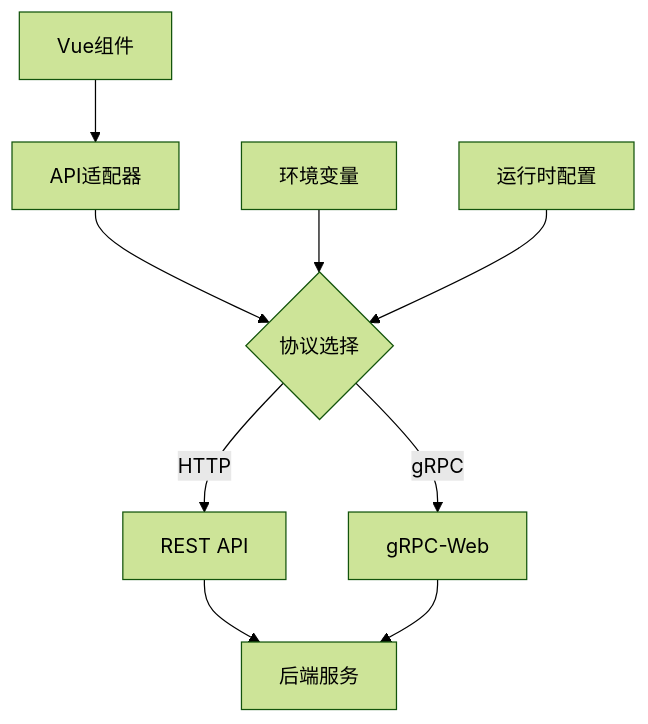
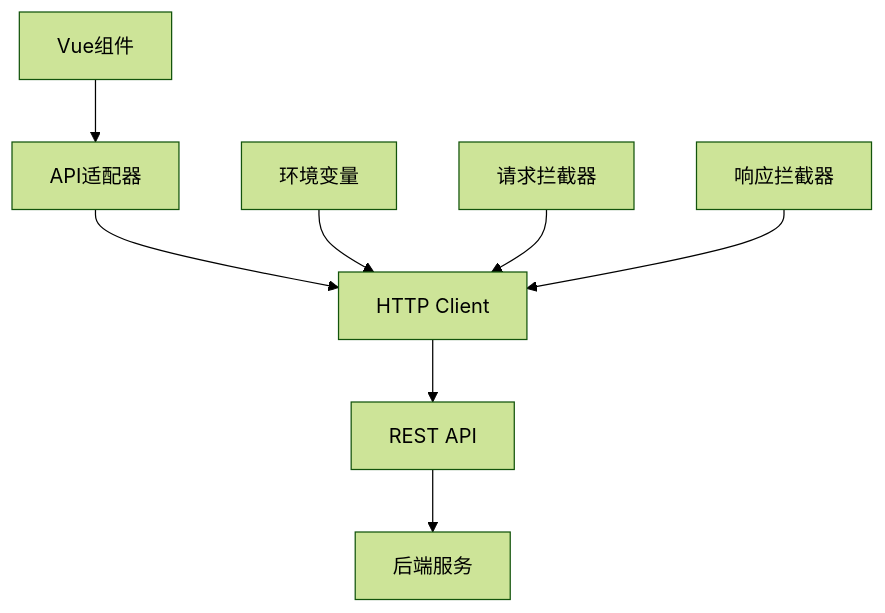
One commit to Y2138/vue3-mono changed the diagram in apps/naive-admin/README.md. Above: the diagram before and after it, drawn with Mermaid (forest theme). The commit also changed other lines of this file and 92 other files, not shown here.

````diff
--- a/apps/naive-admin/README.md
+++ b/apps/naive-admin/README.md
@@ -49,12 +49,11 @@
 ```mermaid
 graph TD
     A[Vue组件] --> B[API适配器]
-    B --> C{协议选择}
-    C -->|HTTP| D[REST API]
-    C -->|gRPC| E[gRPC-Web]
-    D --> F[后端服务]
-    E --> F
-    
-    G[环境变量] --> C
-    H[运行时配置] --> C
+    B --> C[HTTP Client]
+    C --> D[REST API]
+    D --> E[后端服务]
+
+    F[环境变量] --> C
+    G[请求拦截器] --> C
+    H[响应拦截器] --> C
 ```
````
